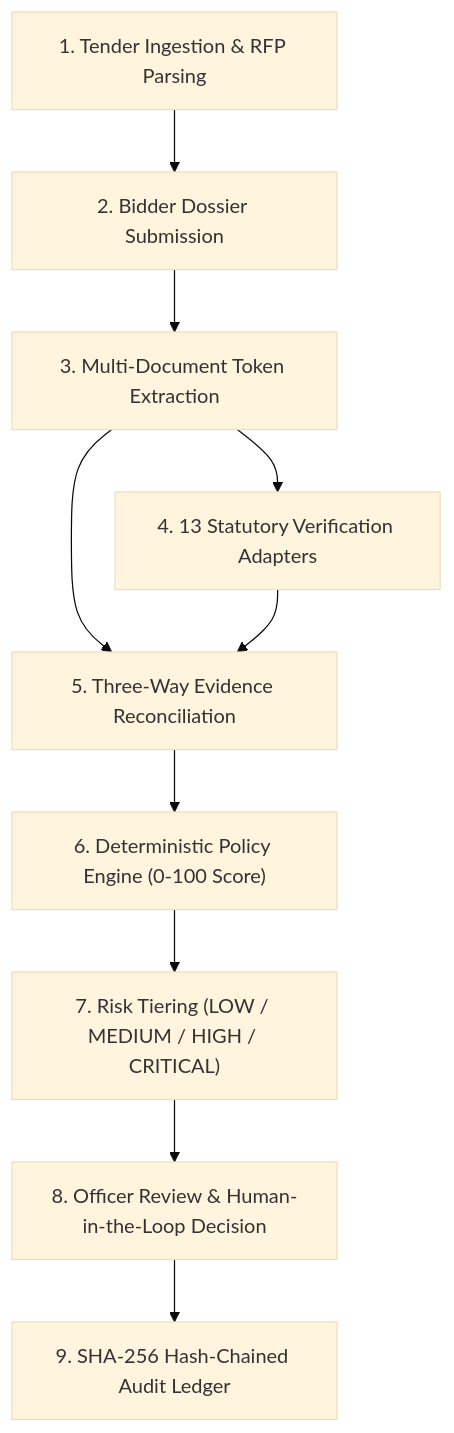
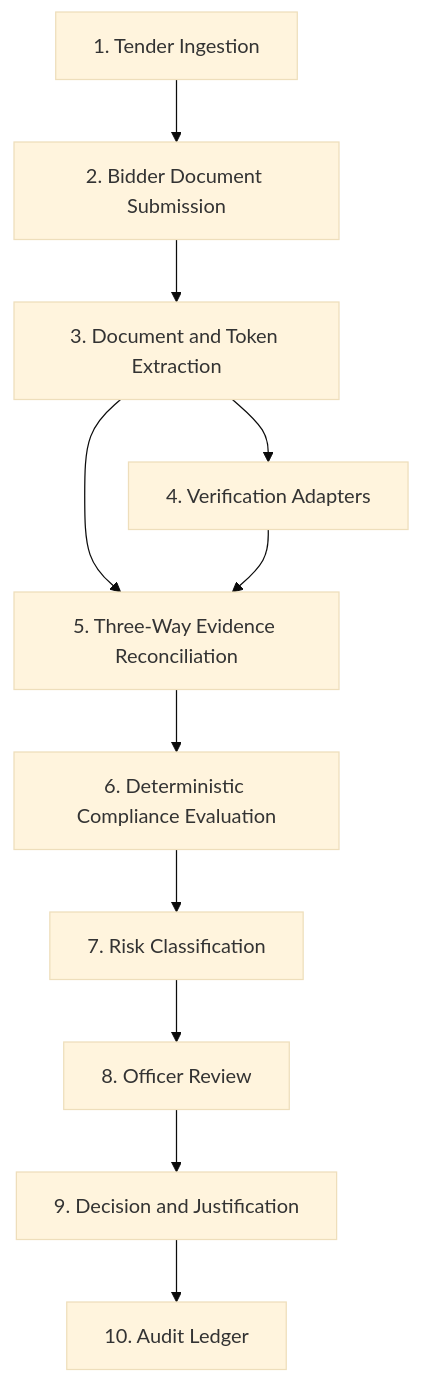
Before and after one commit to sumitk-lab/TENDER-GUARD-AI: the first of 2 diagrams in README.md, drawn with Mermaid (base theme). The commit also changed other lines of this file, not shown here.

````diff
--- a/README.md
+++ b/README.md
@@ -126,22 +232,24 @@
 ```mermaid
 flowchart TD
-    TENDER["1. Tender Ingestion & RFP Parsing"]
-    BID["2. Bidder Dossier Submission"]
-    EXTRACT["3. Multi-Document Token Extraction"]
-    REGISTRY["4. 13 Statutory Verification Adapters"]
-    RECON["5. Three-Way Evidence Reconciliation"]
-    COMPLIANCE["6. Deterministic Policy Engine (0-100 Score)"]
-    RISK["7. Risk Tiering (LOW / MEDIUM / HIGH / CRITICAL)"]
-    OFFICER["8. Officer Review & Human-in-the-Loop Decision"]
-    AUDIT["9. SHA-256 Hash-Chained Audit Ledger"]
+    A["1. Tender Ingestion"]
+    B["2. Bidder Document Submission"]
+    C["3. Document and Token Extraction"]
+    D["4. Verification Adapters"]
+    E["5. Three-Way Evidence Reconciliation"]
+    F["6. Deterministic Compliance Evaluation"]
+    G["7. Risk Classification"]
+    H["8. Officer Review"]
+    I["9. Decision and Justification"]
+    J["10. Audit Ledger"]
 
-    TENDER --> BID
-    BID --> EXTRACT
-    EXTRACT --> REGISTRY
-    EXTRACT --> RECON
-    REGISTRY --> RECON
-    RECON --> COMPLIANCE
-    COMPLIANCE --> RISK
-    RISK --> OFFICER
-    OFFICER --> AUDIT
+    A --> B
+    B --> C
+    C --> D
+    C --> E
+    D --> E
+    E --> F
+    F --> G
+    G --> H
+    H --> I
+    I --> J
 ```
````
